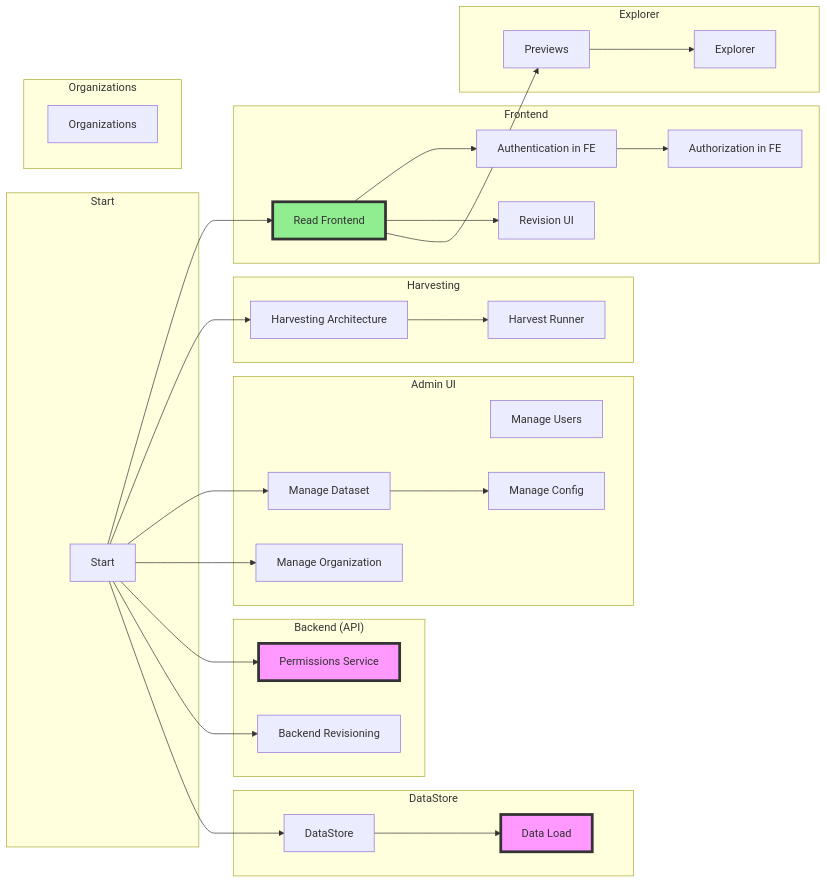
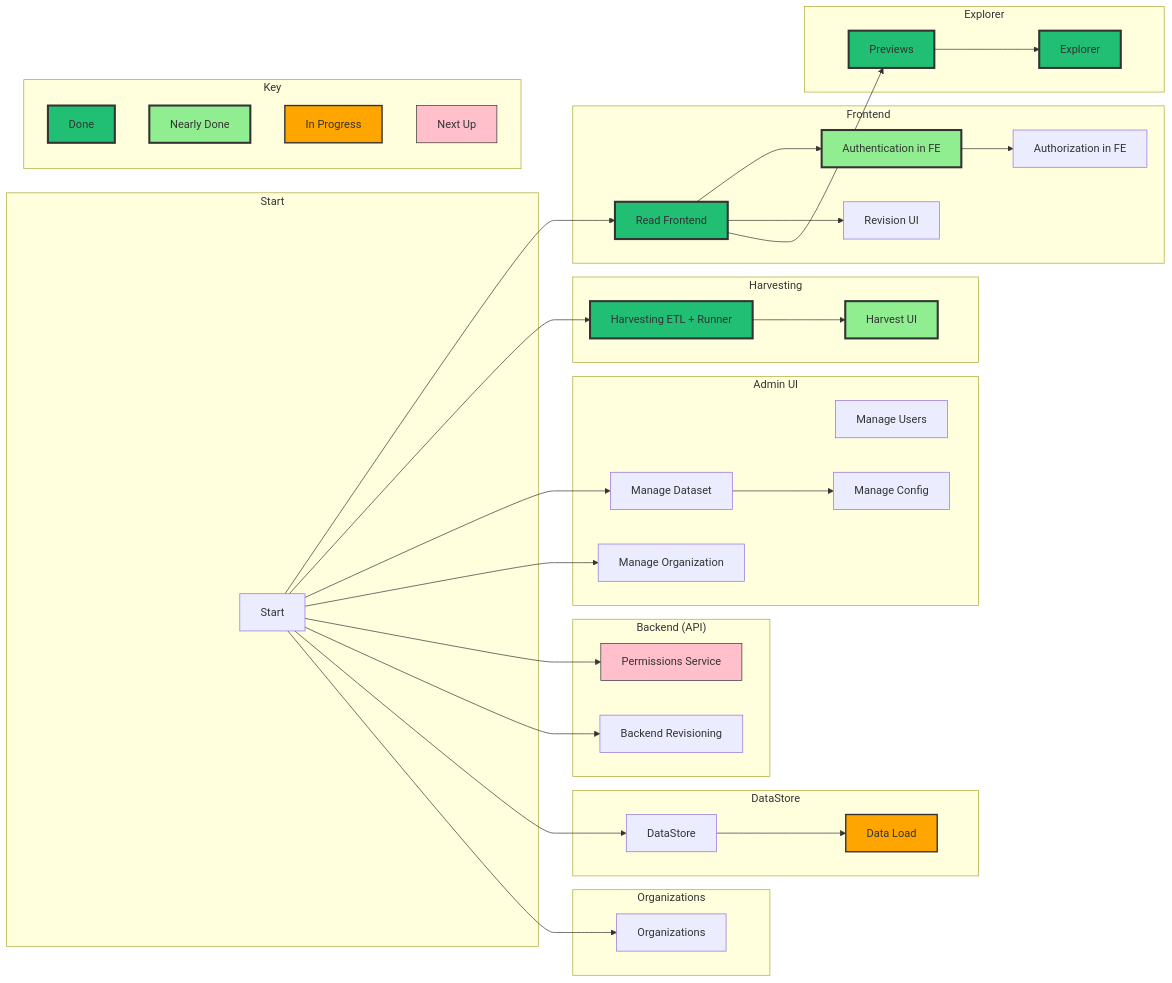
One commit to datopian/tech.datopian.com changed the diagram in next-gen/roadmap/README.md. Above: the diagram before and after it, drawn with Mermaid. The commit also changed other lines of this file, not shown here.

Commit message:
[next-gen/roadmap][s]: update status for features, add new key for status.
* update status e.g. harvesting largely done
* add more status categories and add a key to the diagram (and nicer colors!)

````diff
--- a/next-gen/roadmap/README.md
+++ b/next-gen/roadmap/README.md
@@ -18,67 +5,78 @@
 ```mermaid
 graph LR
 
 start[Start]
 themefe[Read Frontend]
 authfe[Authentication in FE]
 authzfe[Authorization in FE]
 previews[Previews]
 explorer[Explorer]
 permsserv[Permissions Service]
 orgs[Organizations]
 
 
 subgraph Start
   start
 end
 
 subgraph Frontend
   start --> themefe
   themefe --> authfe
   authfe --> authzfe
   themefe --> revisioningfe[Revision UI]
 end
 
 subgraph Harvesting
-  start --> harvestarc[Harvesting Architecture]
-  harvestarc --> runner[Harvest Runner]
+  start --> harvestetl[Harvesting ETL + Runner]
+  harvestetl --> harvestui[Harvest UI]
 end
 
 subgraph "Admin UI"
   managedataset[Manage Dataset]
   manageorg[Manage Organization]
   manageuser[Manage Users]
   manageconfig[Manage Config]
   
   start --> managedataset
   start --> manageorg
   managedataset --> manageconfig
 end
 
 subgraph "Backend (API)"
   start --> permsserv
   start --> revision[Backend Revisioning]
 end
 
 datastore[DataStore]
 
 subgraph DataStore
   start --> datastore
   datastore --> dataload[Data Load]
 end
 
 subgraph Explorer
   themefe --> previews
   previews --> explorer
 end
 
 subgraph Organizations
-  orgs
+  start --> orgs
 end
 
-classDef done fill:lightgreen,stroke:#333,stroke-width:4px;
-classDef next fill:#f9f,stroke:#333,stroke-width:4px;
+subgraph Key
+  done[Done]
+  nearlydone[Nearly Done]
+  inprogress[In Progress]
+  next[Next Up]
+end
 
-class themefe done;
-class dataload,permsserv next;
+classDef done fill:#21bf73,stroke:#333,stroke-width:3px;
+classDef nearlydone fill:lightgreen,stroke:#333,stroke-width:3px;
+classDef inprogress fill:orange,stroke:#333,stroke-width:2px;
+classDef next fill:pink,stroke:#333,stroke-width:1px;
+
+class done,themefe,previews,explorer,harvestetl done;
+class nearlydone,authfe,harvestui nearlydone;
+class inprogress,dataload inprogress;
+class next,permsserv next;
 ```
````
